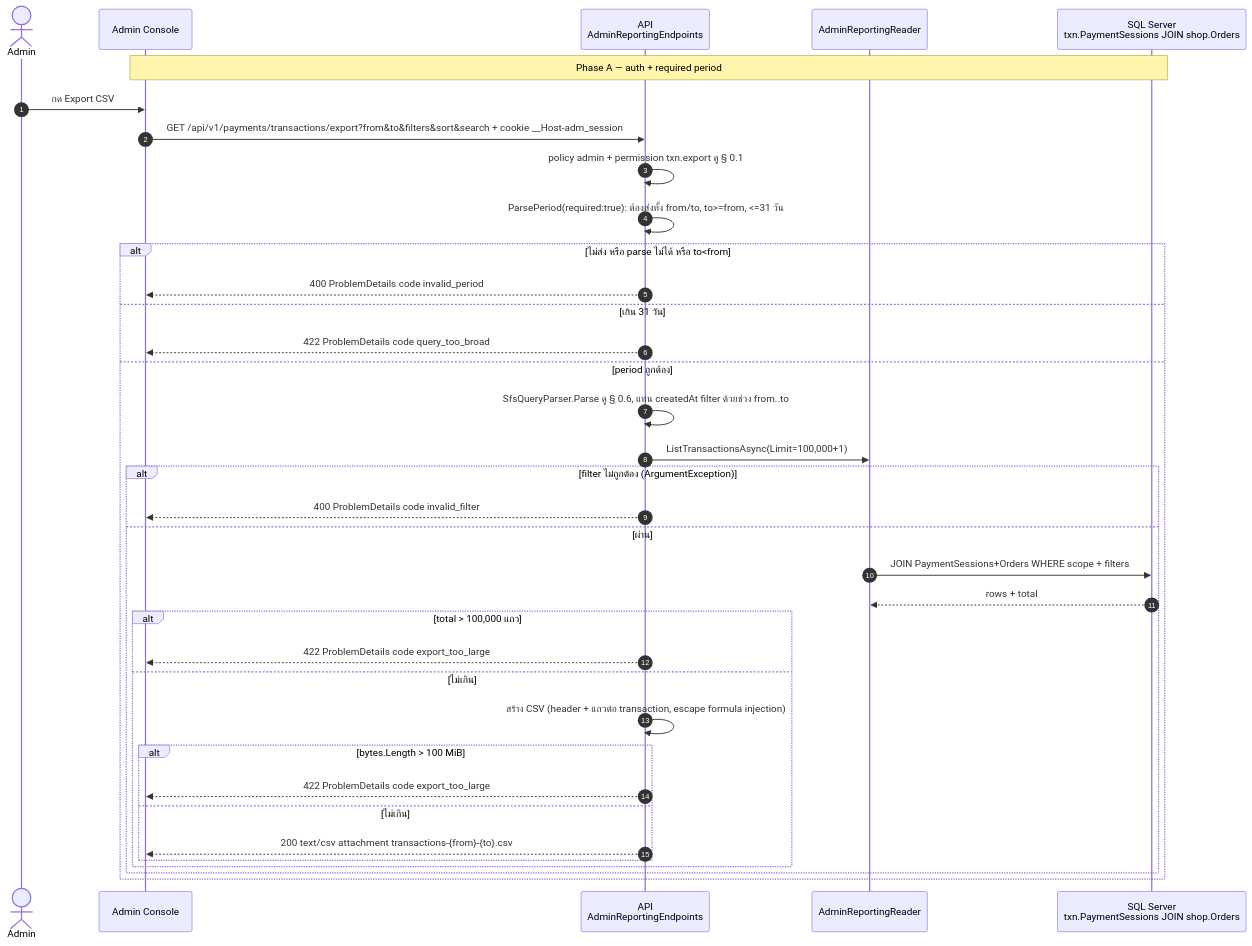
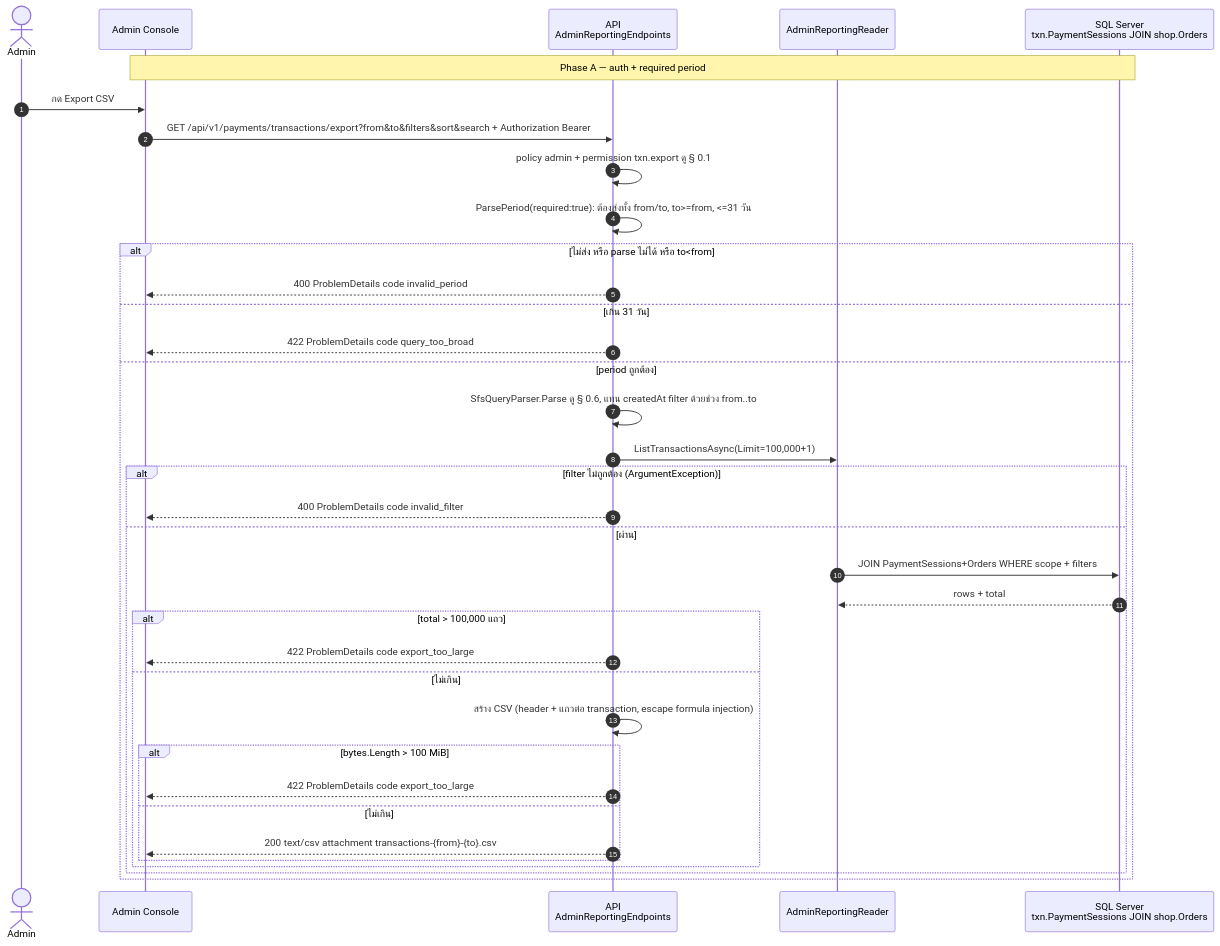
Before and after one commit to metrodiesign/pol-core: the fourth of 7 diagrams in outputs/diagrams/2026-09-14_api-endpoints_v1/14-inbound-webhooks-reporting-infra.sequences.md, drawn with Mermaid. The commit also changed other lines of this file and 42 other files, not shown here.

First line of the commit message:
docs: align reference docs and the API diagram set with the Bearer-only admin plane

````diff
--- a/outputs/diagrams/2026-09-14_api-endpoints_v1/14-inbound-webhooks-reporting-infra.sequences.md
+++ b/outputs/diagrams/2026-09-14_api-endpoints_v1/14-inbound-webhooks-reporting-infra.sequences.md
@@ -153,39 +153,39 @@
 ```mermaid
 sequenceDiagram
     autonumber
     actor AD as Admin
     participant CON as Admin Console
     participant API as API<br/>AdminReportingEndpoints
     participant RDR as AdminReportingReader
     participant DB as SQL Server<br/>txn.PaymentSessions JOIN shop.Orders
 
     Note over CON,DB: Phase A — auth + required period
     AD->>CON: กด Export CSV
-    CON->>API: GET /api/v1/payments/transactions/export?from&to&filters&sort&search + cookie __Host-adm_session
+    CON->>API: GET /api/v1/payments/transactions/export?from&to&filters&sort&search + Authorization Bearer
     API->>API: policy admin + permission txn.export ดู § 0.1
     API->>API: ParsePeriod(required:true): ต้องส่งทั้ง from/to, to>=from, <=31 วัน
     alt ไม่ส่ง หรือ parse ไม่ได้ หรือ to<from
         API-->>CON: 400 ProblemDetails code invalid_period
     else เกิน 31 วัน
         API-->>CON: 422 ProblemDetails code query_too_broad
     else period ถูกต้อง
         API->>API: SfsQueryParser.Parse ดู § 0.6, แทน createdAt filter ด้วยช่วง from..to
         API->>RDR: ListTransactionsAsync(Limit=100,000+1)
         alt filter ไม่ถูกต้อง (ArgumentException)
             API-->>CON: 400 ProblemDetails code invalid_filter
         else ผ่าน
             RDR->>DB: JOIN PaymentSessions+Orders WHERE scope + filters
             DB-->>RDR: rows + total
             alt total > 100,000 แถว
                 API-->>CON: 422 ProblemDetails code export_too_large
             else ไม่เกิน
                 API->>API: สร้าง CSV (header + แถวต่อ transaction, escape formula injection)
                 alt bytes.Length > 100 MiB
                     API-->>CON: 422 ProblemDetails code export_too_large
                 else ไม่เกิน
                     API-->>CON: 200 text/csv attachment transactions-{from}-{to}.csv
                 end
             end
         end
     end
 ```
````
